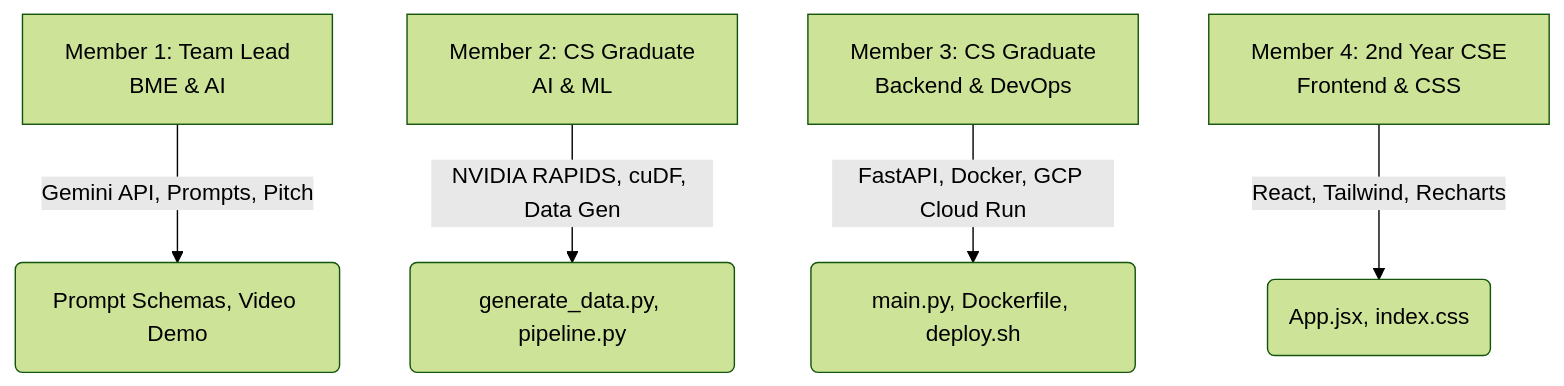
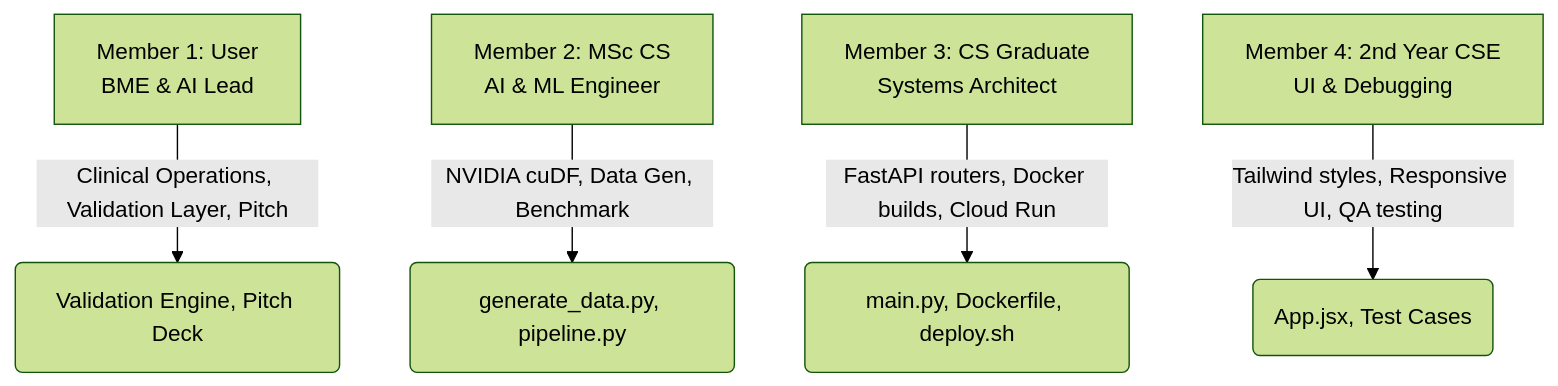
The diagram in docs/02_master_execution_handbook.md (abi131205/PulseOps-AI), drawn with Mermaid (forest theme) before and after one commit. The commit also changed other lines of this file, not shown here.

Commit message:
docs(handbook): update team capability matrix and profiles

````diff
--- a/docs/02_master_execution_handbook.md
+++ b/docs/02_master_execution_handbook.md
@@ -22,7 +22,7 @@
 ```mermaid
 graph TD
-    M1[Member 1: Team Lead<br>BME & AI] -->|Gemini API, Prompts, Pitch| Deliverable1(Prompt Schemas, Video Demo)
-    M2[Member 2: CS Graduate<br>AI & ML] -->|NVIDIA RAPIDS, cuDF, Data Gen| Deliverable2(generate_data.py, pipeline.py)
-    M3[Member 3: CS Graduate<br>Backend & DevOps] -->|FastAPI, Docker, GCP Cloud Run| Deliverable3(main.py, Dockerfile, deploy.sh)
-    M4[Member 4: 2nd Year CSE<br>Frontend & CSS] -->|React, Tailwind, Recharts| Deliverable4(App.jsx, index.css)
+    M1[Member 1: User<br>BME & AI Lead] -->|Clinical Operations, Validation Layer, Pitch| Deliverable1(Validation Engine, Pitch Deck)
+    M2[Member 2: MSc CS<br>AI & ML Engineer] -->|NVIDIA cuDF, Data Gen, Benchmark| Deliverable2(generate_data.py, pipeline.py)
+    M3[Member 3: CS Graduate<br>Systems Architect] -->|FastAPI routers, Docker builds, Cloud Run| Deliverable3(main.py, Dockerfile, deploy.sh)
+    M4[Member 4: 2nd Year CSE<br>UI & Debugging] -->|Tailwind styles, Responsive UI, QA testing| Deliverable4(App.jsx, Test Cases)
 ```
````
